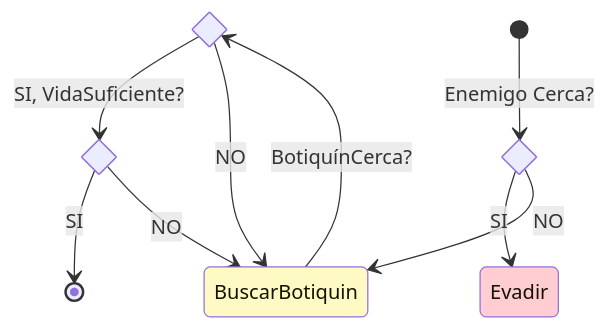
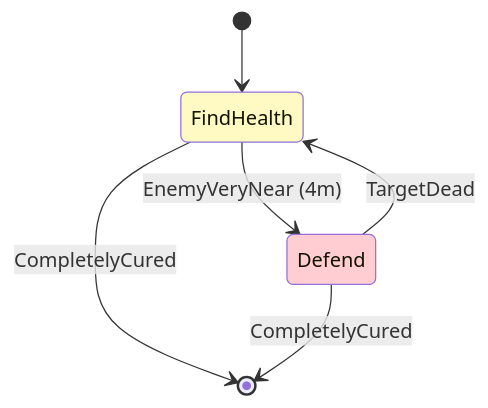
Before and after one commit to Kang-Hsi/hfsm-bt: the fourth of 5 diagrams in README.md, drawn with Mermaid. The commit also changed other lines of this file, not shown here.

````diff
--- a/README.md
+++ b/README.md
@@ -560,26 +563,18 @@
     ```mermaid
     ---
     config:
     theme: base
     look: neo
     ---
     stateDiagram
     direction TB
-    state BotiquinCerca? <<choice>>
-    state EnemigoCerca? <<choice>>
-    state VidaSuficiente? <<choice>>
 
-    [*] --> EnemigoCerca?:Enemigo Cerca?
-    EnemigoCerca? --> Evadir:SI
-    EnemigoCerca? --> BuscarBotiquin:NO
+    [*] --> FindHealth
+    FindHealth --> Defend: EnemyVeryNear (4m)
+    Defend --> FindHealth: TargetDead
+    FindHealth --> [*]: CompletelyCured
+    Defend --> [*]: CompletelyCured
 
-    BuscarBotiquin --> BotiquinCerca?:BotiquínCerca?
-    BotiquinCerca? --> VidaSuficiente?:SI, VidaSuficiente?
-    BotiquinCerca? --> BuscarBotiquin:NO
-    VidaSuficiente? --> [*]: SI
-    VidaSuficiente? --> BuscarBotiquin: NO
-
-    style Evadir fill:#FFCDD2
-    style BuscarBotiquin fill:#FFF9C4
-    style Correr fill:#FFE0B2
+    style FindHealth fill:#FFF9C4
+    style Defend fill:#FFCDD2
     ```
````
